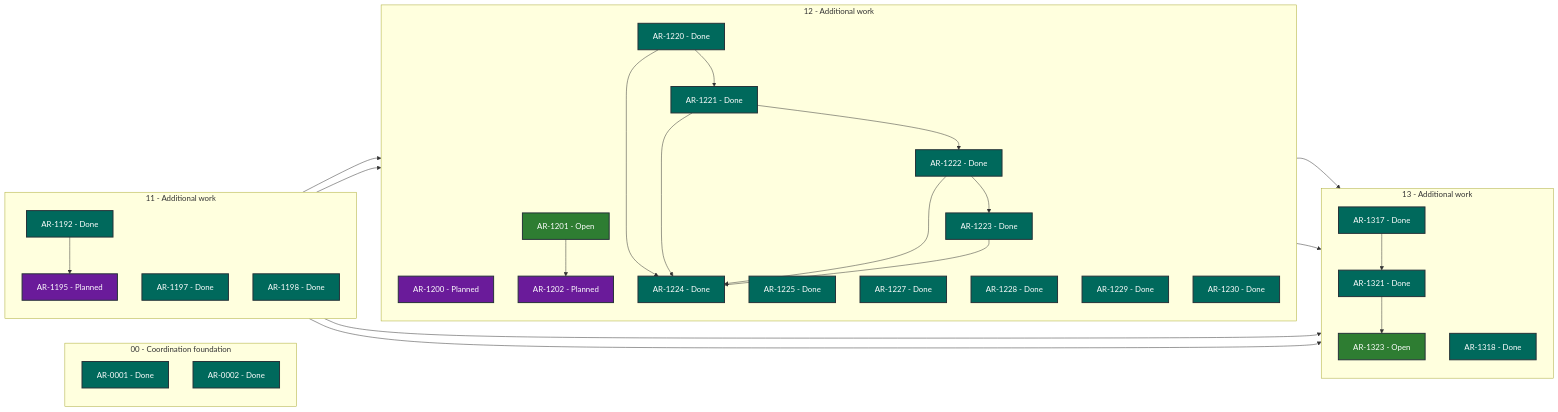
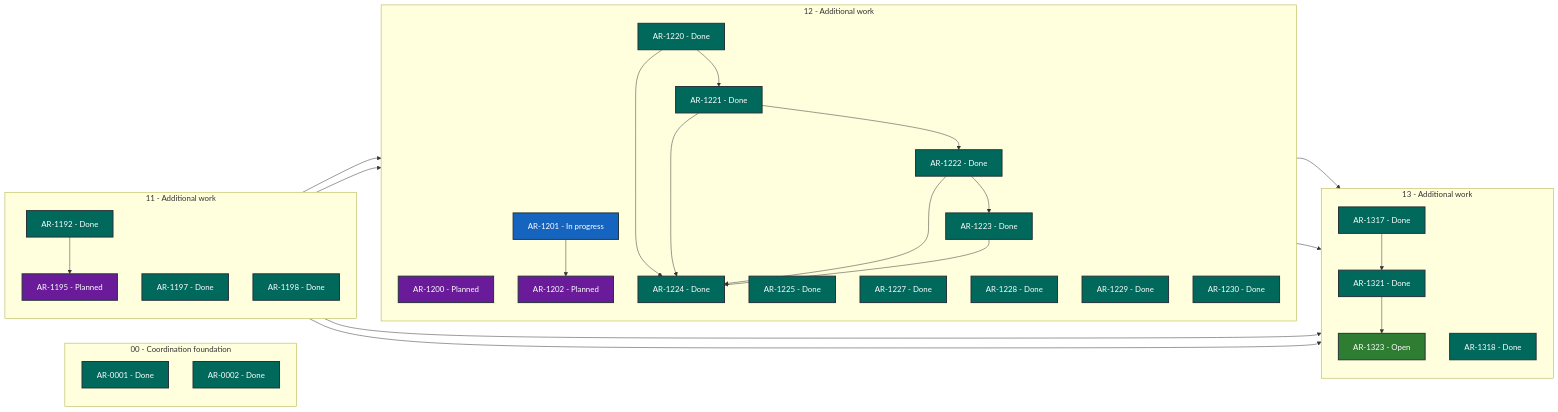
One commit to martin-beck/asb-tui-state changed the diagram in STATUS.md. Above: the diagram before and after it, drawn with Mermaid. The commit also changed other lines of this file and 2 other files, not shown here.

````diff
--- a/STATUS.md
+++ b/STATUS.md
@@ -27,63 +27,63 @@
 ```mermaid
 flowchart LR
     subgraph series_00["00 - Coordination foundation"]
         direction TB
         AR_0001["AR-0001 - Done"]:::status_done
         AR_0002["AR-0002 - Done"]:::status_done
     end
     subgraph series_11["11 - Additional work"]
         direction TB
         AR_1192["AR-1192 - Done"]:::status_done
         AR_1195["AR-1195 - Planned"]:::status_planned
         AR_1197["AR-1197 - Done"]:::status_done
         AR_1198["AR-1198 - Done"]:::status_done
     end
     subgraph series_12["12 - Additional work"]
         direction TB
         AR_1200["AR-1200 - Planned"]:::status_planned
-        AR_1201["AR-1201 - Open"]:::status_open
+        AR_1201["AR-1201 - In progress"]:::status_in_progress
         AR_1202["AR-1202 - Planned"]:::status_planned
         AR_1220["AR-1220 - Done"]:::status_done
         AR_1221["AR-1221 - Done"]:::status_done
         AR_1222["AR-1222 - Done"]:::status_done
         AR_1223["AR-1223 - Done"]:::status_done
         AR_1224["AR-1224 - Done"]:::status_done
         AR_1225["AR-1225 - Done"]:::status_done
         AR_1227["AR-1227 - Done"]:::status_done
         AR_1228["AR-1228 - Done"]:::status_done
         AR_1229["AR-1229 - Done"]:::status_done
         AR_1230["AR-1230 - Done"]:::status_done
     end
     subgraph series_13["13 - Additional work"]
         direction TB
         AR_1317["AR-1317 - Done"]:::status_done
         AR_1318["AR-1318 - Done"]:::status_done
         AR_1321["AR-1321 - Done"]:::status_done
         AR_1323["AR-1323 - Open"]:::status_open
     end
     AR_1192 --> AR_1195
     AR_1192 --> AR_1317
     AR_1195 --> AR_1200
     AR_1197 --> AR_1201
     AR_1197 --> AR_1317
     AR_1201 --> AR_1202
     AR_1220 --> AR_1221
     AR_1220 --> AR_1224
     AR_1221 --> AR_1222
     AR_1221 --> AR_1224
     AR_1222 --> AR_1223
     AR_1222 --> AR_1224
     AR_1223 --> AR_1224
     AR_1228 --> AR_1317
     AR_1229 --> AR_1317
     AR_1317 --> AR_1321
     AR_1321 --> AR_1323
     classDef status_in_progress fill:#1565c0,color:#ffffff,stroke:#263238,stroke-width:2px
     classDef status_open fill:#2e7d32,color:#ffffff,stroke:#263238,stroke-width:2px
     classDef status_blocked fill:#c62828,color:#ffffff,stroke:#263238,stroke-width:2px
     classDef status_planned fill:#6a1b9a,color:#ffffff,stroke:#263238,stroke-width:2px
     classDef status_future fill:#455a64,color:#ffffff,stroke:#263238,stroke-width:2px
     classDef status_done fill:#00695c,color:#ffffff,stroke:#263238,stroke-width:2px
     classDef status_cancelled fill:#616161,color:#ffffff,stroke:#263238,stroke-width:2px
     classDef status_superseded fill:#5d4037,color:#ffffff,stroke:#263238,stroke-width:2px
 ```
````
